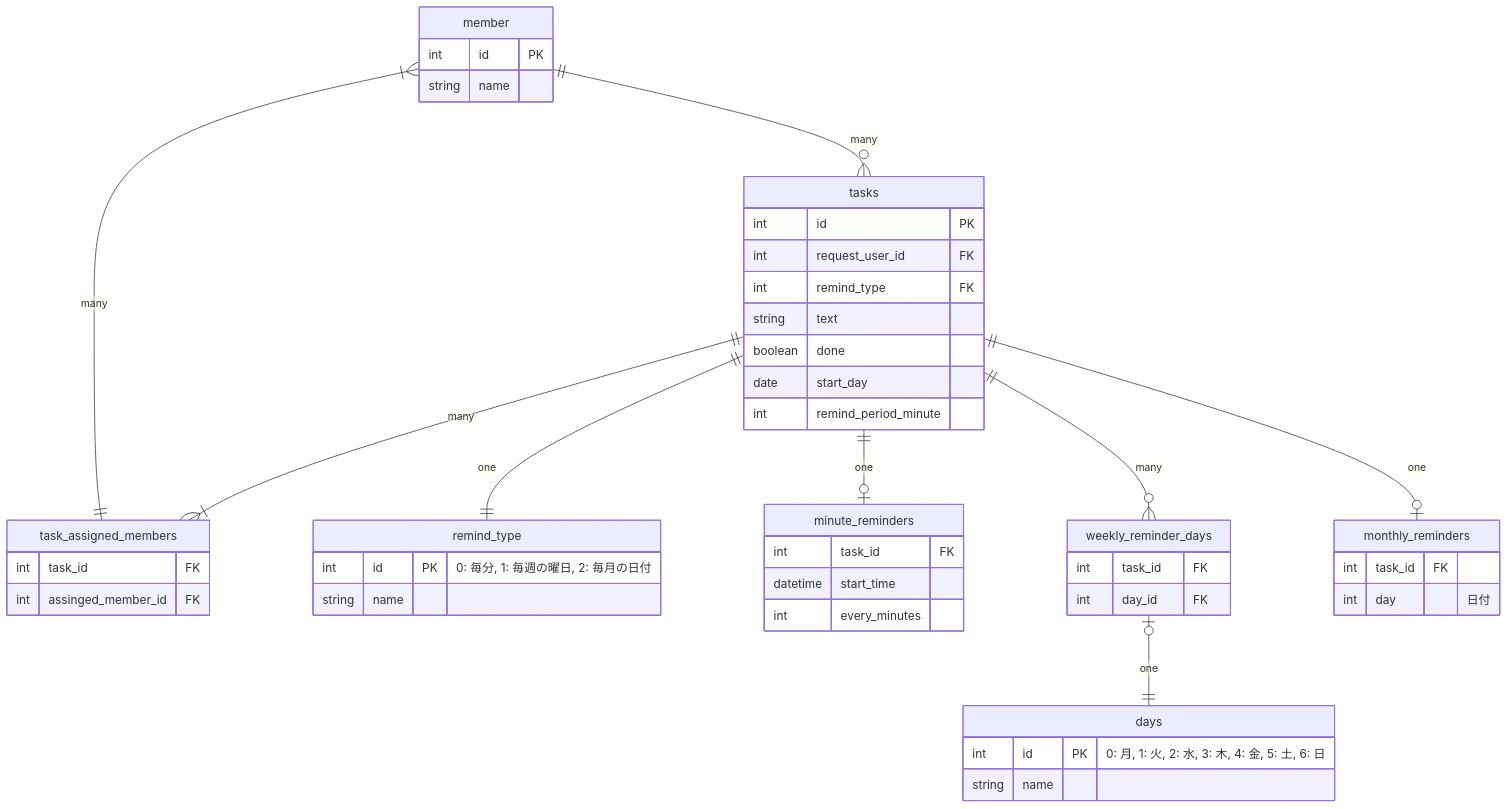
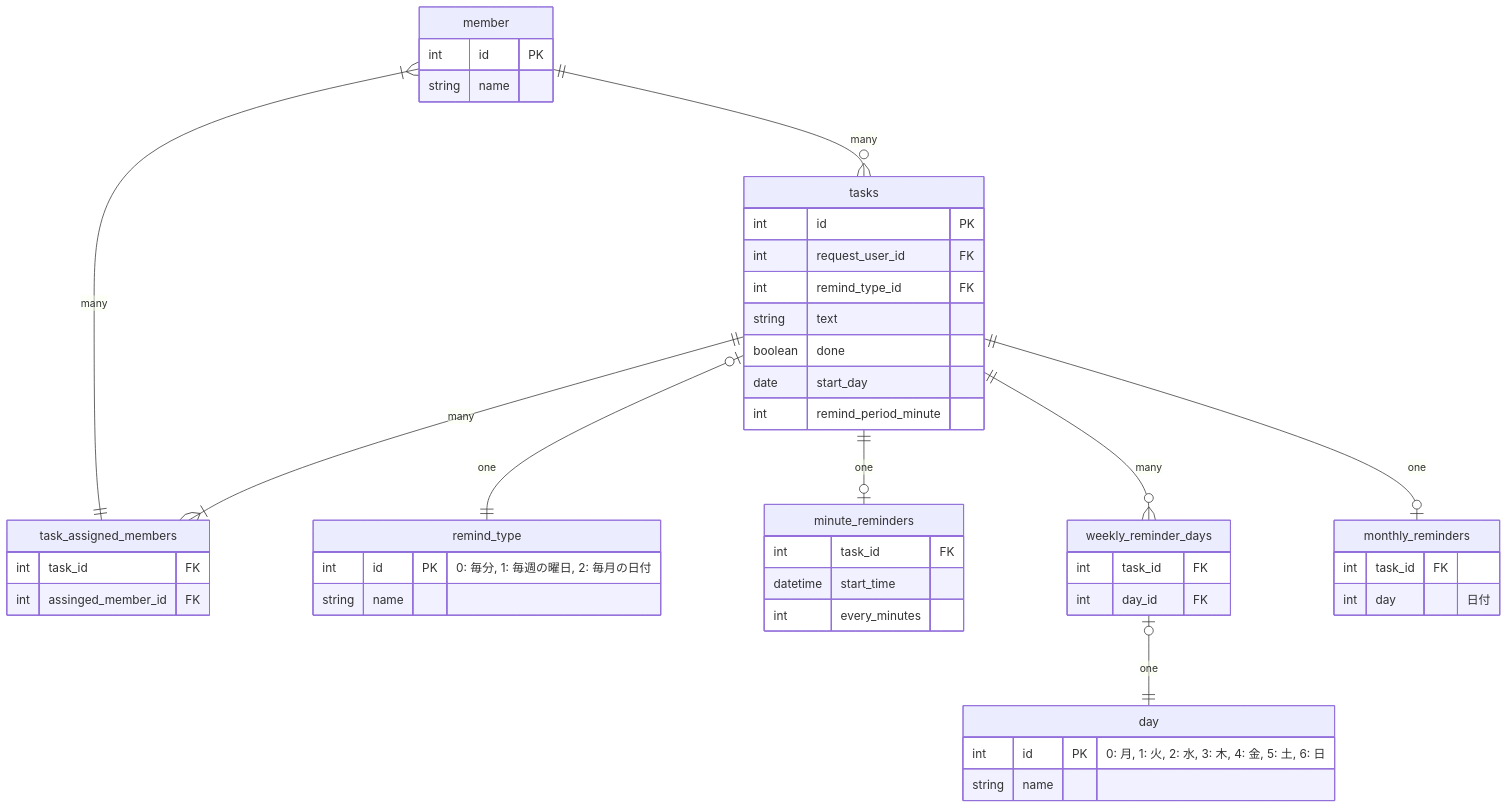
One commit to HitoroOhria/praha-challenge changed the diagram in db/db-modeling-4/README.md. Above: the diagram before and after it, drawn with Mermaid. The commit also changed other lines of this file, not shown here.

Commit message:
Enum テーブル名を単数形に修正

````diff
--- a/db/db-modeling-4/README.md
+++ b/db/db-modeling-4/README.md
@@ -19,57 +19,57 @@
 ```mermaid
 erDiagram
 
 member ||--o{ tasks : "many"
 member }|--|| task_assigned_members : "many"
 member {
   int id PK
   string name
 }
 
 tasks ||--|{ task_assigned_members : "many"
-tasks ||--|| remind_type : "one"
+tasks |o--|| remind_type : "one"
 tasks ||--o| minute_reminders : "one"
 tasks ||--o{ weekly_reminder_days : "many"
 tasks ||--o| monthly_reminders : "one"
 tasks {
   int id PK
   int request_user_id FK
-  int remind_type FK
+  int remind_type_id FK
   string text
   boolean done
   date start_day
   int remind_period_minute
 }
 
 task_assigned_members {
   int task_id FK
   int assinged_member_id FK 
 }
 
 remind_type {
   int id PK "0: 毎分, 1: 毎週の曜日, 2: 毎月の日付"
   string name
 }
 
 minute_reminders {
   int task_id FK
   datetime start_time
   int every_minutes
 }
 
-weekly_reminder_days |o--|| days : "one"
+weekly_reminder_days |o--|| day : "one"
 weekly_reminder_days {
   int task_id FK
   int day_id FK
 }
 
 monthly_reminders {
   int task_id FK
   int day "日付"
 }
 
-days {
+day {
   int id PK "0: 月, 1: 火, 2: 水, 3: 木, 4: 金, 5: 土, 6: 日"
   string name
 }
 ```
````
